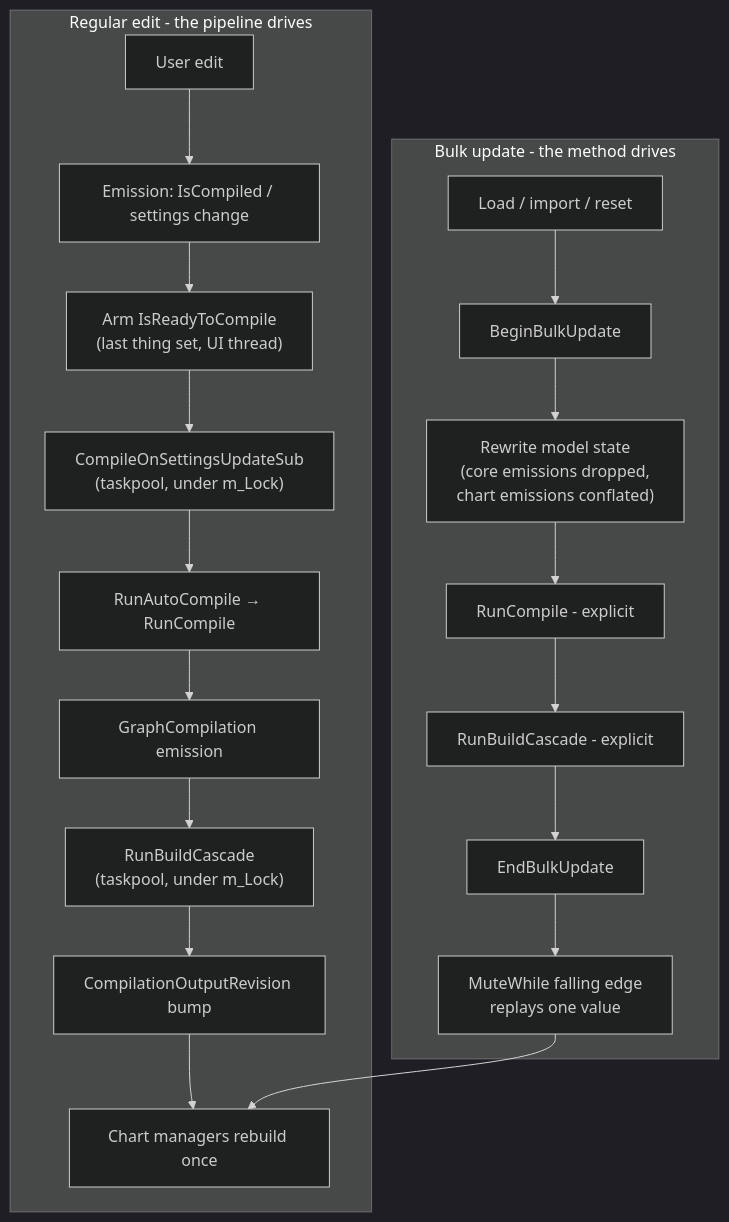
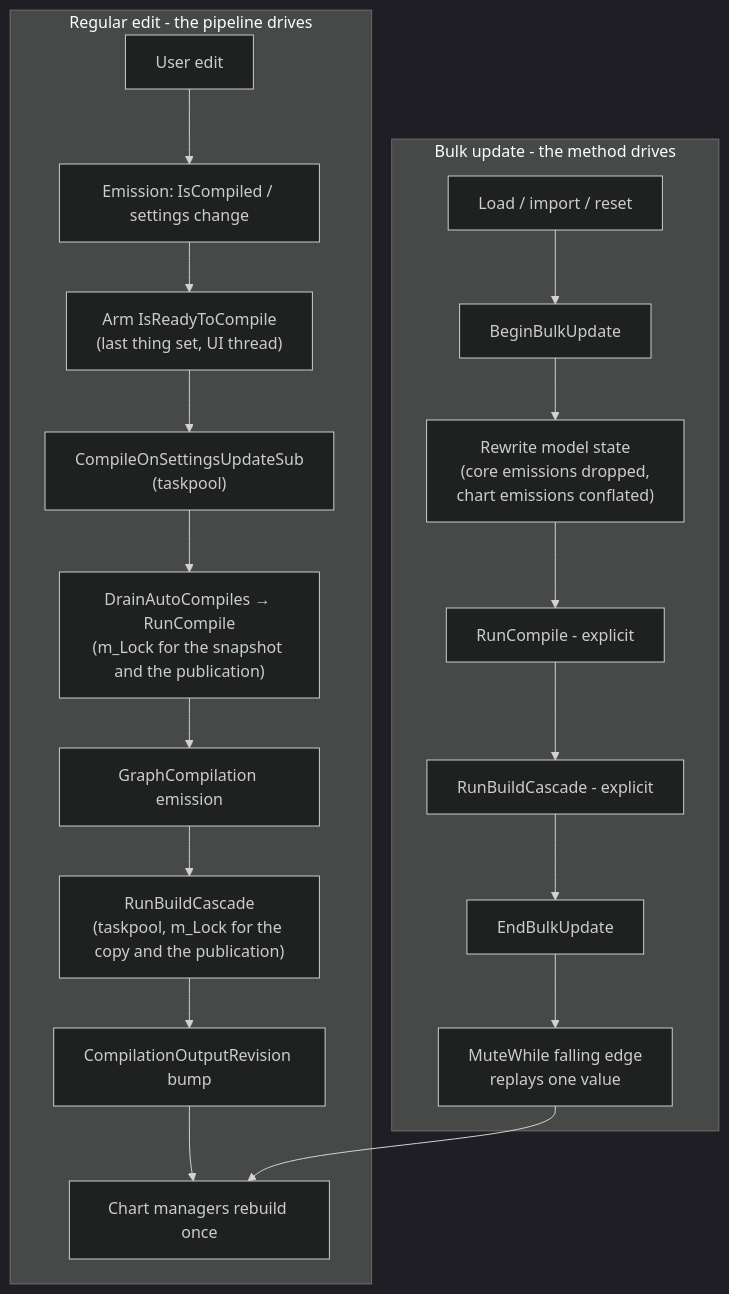
The diagram in docs/ARCHITECTURE.md (countincognito/Zametek.ProjectPlan), drawn with Mermaid (dark theme) before and after one commit. The commit also changed other lines of this file and 9 other files, not shown here.

````diff
--- a/docs/ARCHITECTURE.md
+++ b/docs/ARCHITECTURE.md
@@ -104,22 +106,22 @@
 ```mermaid
 flowchart TB
     subgraph regular ["Regular edit - the pipeline drives"]
         A["User edit"] --> B["Emission: IsCompiled / settings change"]
         B --> C["Arm IsReadyToCompile<br/>(last thing set, UI thread)"]
-        C --> D["CompileOnSettingsUpdateSub<br/>(taskpool, under m_Lock)"]
-        D --> E["RunAutoCompile → RunCompile"]
+        C --> D["CompileOnSettingsUpdateSub<br/>(taskpool)"]
+        D --> E["DrainAutoCompiles → RunCompile<br/>(m_Lock for the snapshot and the publication)"]
         E --> F["GraphCompilation emission"]
-        F --> G["RunBuildCascade<br/>(taskpool, under m_Lock)"]
+        F --> G["RunBuildCascade<br/>(taskpool, m_Lock for the copy and the publication)"]
         G --> H["CompilationOutputRevision bump"]
         H --> I["Chart managers rebuild once"]
     end
     subgraph bulk ["Bulk update - the method drives"]
         J["Load / import / reset"] --> K["BeginBulkUpdate"]
         K --> L["Rewrite model state<br/>(core emissions dropped,<br/>chart emissions conflated)"]
         L --> M["RunCompile - explicit"]
         M --> N["RunBuildCascade - explicit"]
         N --> O["EndBulkUpdate"]
         O --> P["MuteWhile falling edge<br/>replays one value"]
         P --> I
     end
 ```
````
